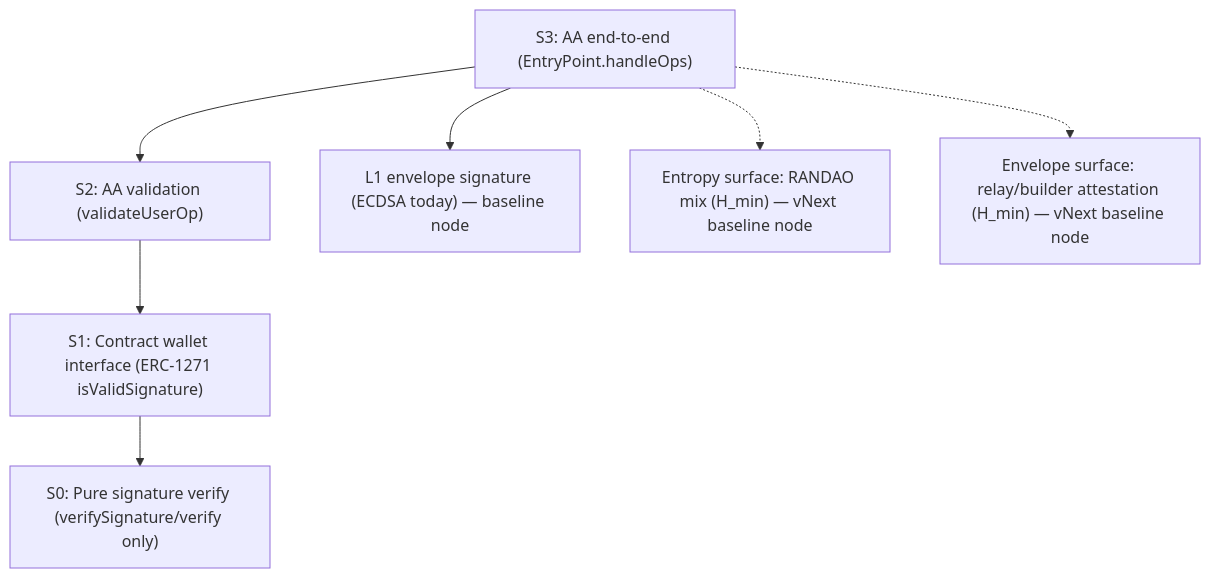
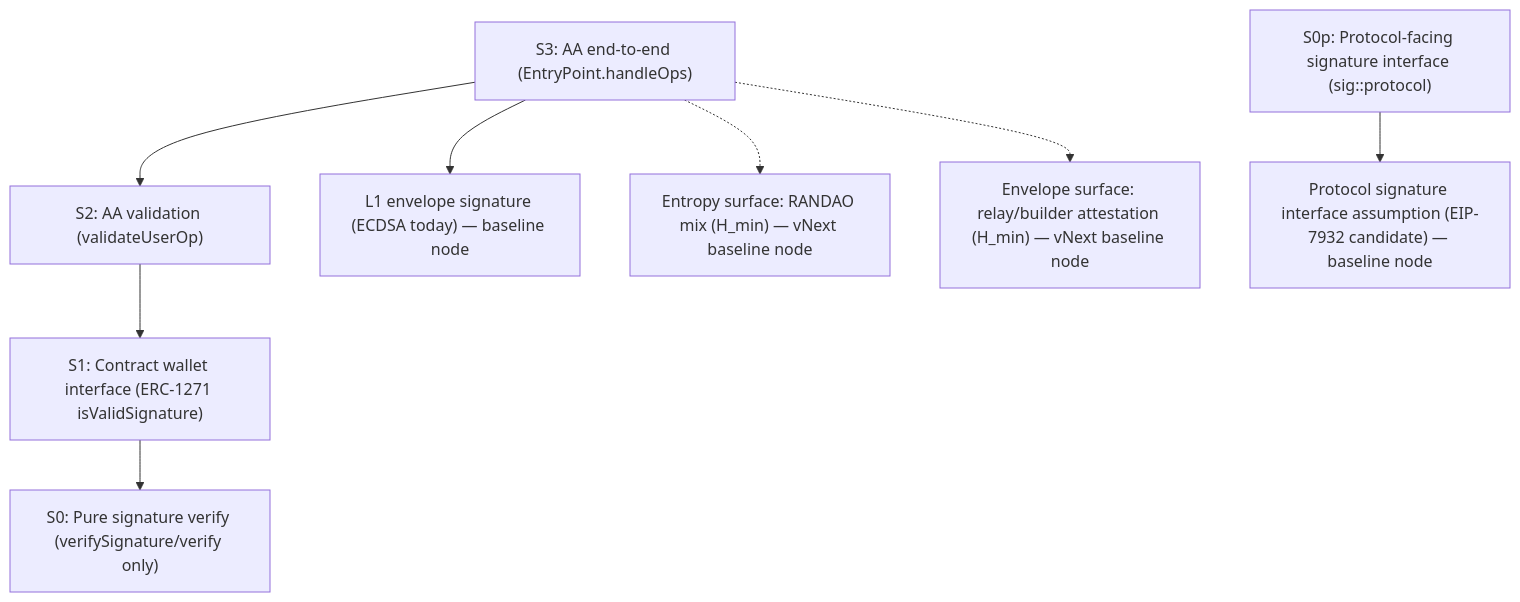
The first of 2 diagrams in spec/case_graph.md (pipavlo82/gas-per-secure-bit), drawn with Mermaid before and after one commit. The commit also changed other lines of this file, not shown here.

First line of the commit message:
Enhance case graph with protocol-facing signature details

````diff
--- a/spec/case_graph.md
+++ b/spec/case_graph.md
@@ -114,21 +134,26 @@
 ```mermaid
 graph TD
   S3["S3: AA end-to-end (EntryPoint.handleOps)"]
   S2["S2: AA validation (validateUserOp)"]
   S1["S1: Contract wallet interface (ERC-1271 isValidSignature)"]
   S0["S0: Pure signature verify (verifySignature/verify only)"]
+  S0p["S0p: Protocol-facing signature interface (sig::protocol)"]
 
   ENV["L1 envelope signature (ECDSA today) — baseline node"]
+  SIGPROTO["Protocol signature interface assumption (EIP-7932 candidate) — baseline node"]
   RANDAO["Entropy surface: RANDAO mix (H_min) — vNext baseline node"]
   RELAY["Envelope surface: relay/builder attestation (H_min) — vNext baseline node"]
 
   S3 --> S2
   S2 --> S1
   S1 --> S0
 
   S3 --> ENV
 
+  %% Protocol-facing path
+  S0p --> SIGPROTO
+
   %% vNext envelope/entropy surfaces (optional dependencies)
   S3 -.-> RANDAO
   S3 -.-> RELAY
 ```
````
